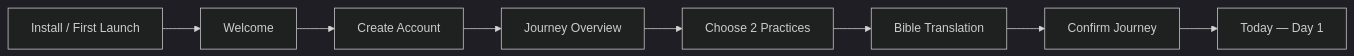
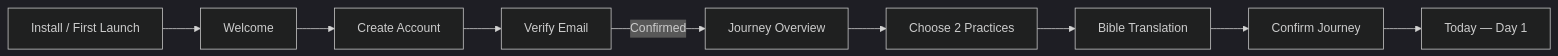
Before and after one commit to evanmcpheron/77Faithful: the sixth of 12 diagrams in docs/APP_NAVIGATION_AND_UX.md, drawn with Mermaid (dark theme). The commit also changed other lines of this file and 23 other files, not shown here.

````diff
--- a/docs/APP_NAVIGATION_AND_UX.md
+++ b/docs/APP_NAVIGATION_AND_UX.md
@@ -1497,10 +1495,11 @@
 ```mermaid
 flowchart LR
     Install[Install / First Launch] --> Welcome
     Welcome --> Create[Create Account]
-    Create --> Overview[Journey Overview]
+    Create --> Verify[Verify Email]
+    Verify -->|Confirmed| Overview[Journey Overview]
     Overview --> Practices[Choose 2 Practices]
     Practices --> Bible[Bible Translation]
     Bible --> Confirm[Confirm Journey]
     Confirm --> Day1[Today — Day 1]
 ```
````
